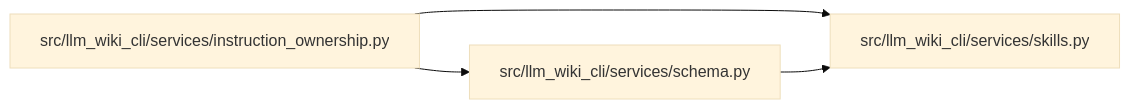
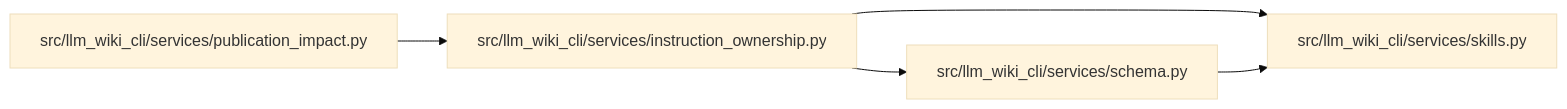
Before and after one commit to Denissvgn/python-wiki-llm: the diagram in docs/llm_wiki/modules/instruction_ownership.md, drawn with Mermaid (base theme). The commit also changed other lines of this file and 479 other files, not shown here.

Commit message:
feat: add portable sibling wiki impact and review workflow

````diff
--- a/docs/llm_wiki/modules/instruction_ownership.md
+++ b/docs/llm_wiki/modules/instruction_ownership.md
@@ -40,12 +40,15 @@
 ```mermaid
 flowchart LR
     n0["src/llm_wiki_cli/services/instruction_ownership.py"]
-    n1["src/llm_wiki_cli/services/schema.py"]
-    n2["src/llm_wiki_cli/services/skills.py"]
-    n0 --> n1
+    n1["src/llm_wiki_cli/services/publication_impact.py"]
+    n2["src/llm_wiki_cli/services/schema.py"]
+    n3["src/llm_wiki_cli/services/skills.py"]
     n0 --> n2
-    n1 --> n2
+    n0 --> n3
+    n1 --> n0
+    n2 --> n3
     click n0 "../modules/instruction_ownership.md"
-    click n1 "../modules/services_schema.md"
-    click n2 "../modules/skills.md"
+    click n1 "../modules/publication_impact.md"
+    click n2 "../modules/services_schema.md"
+    click n3 "../modules/skills.md"
 ```
````
